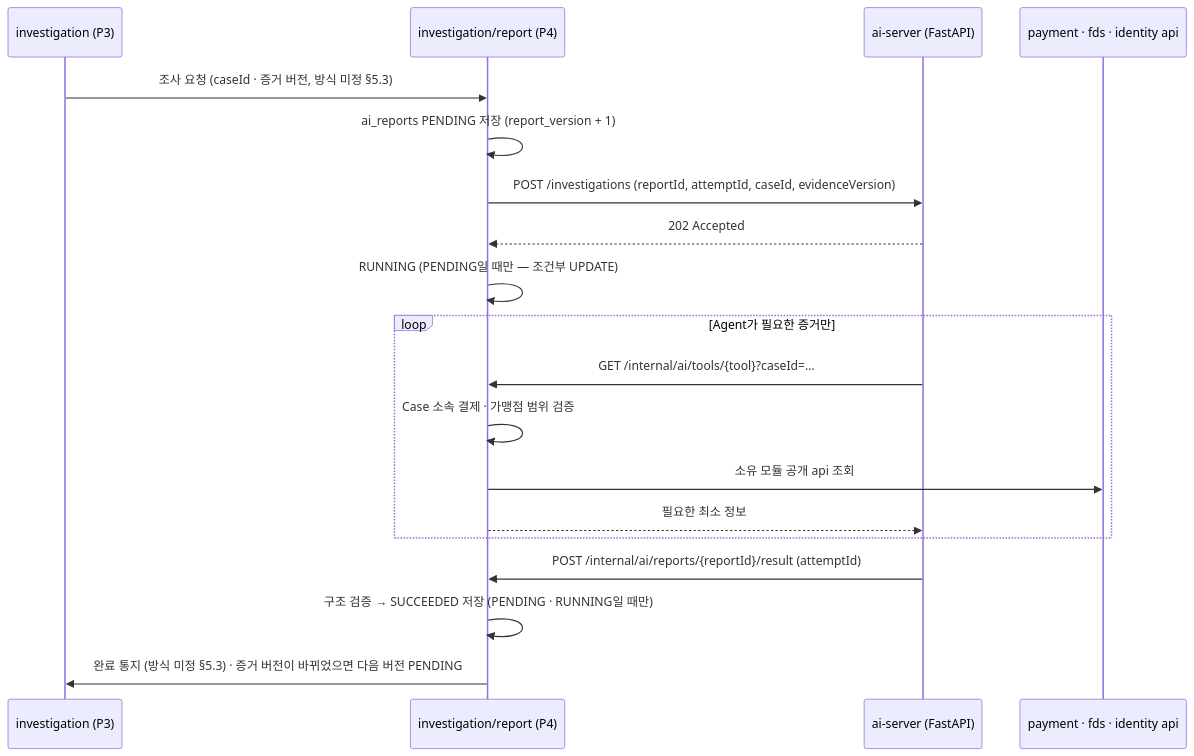
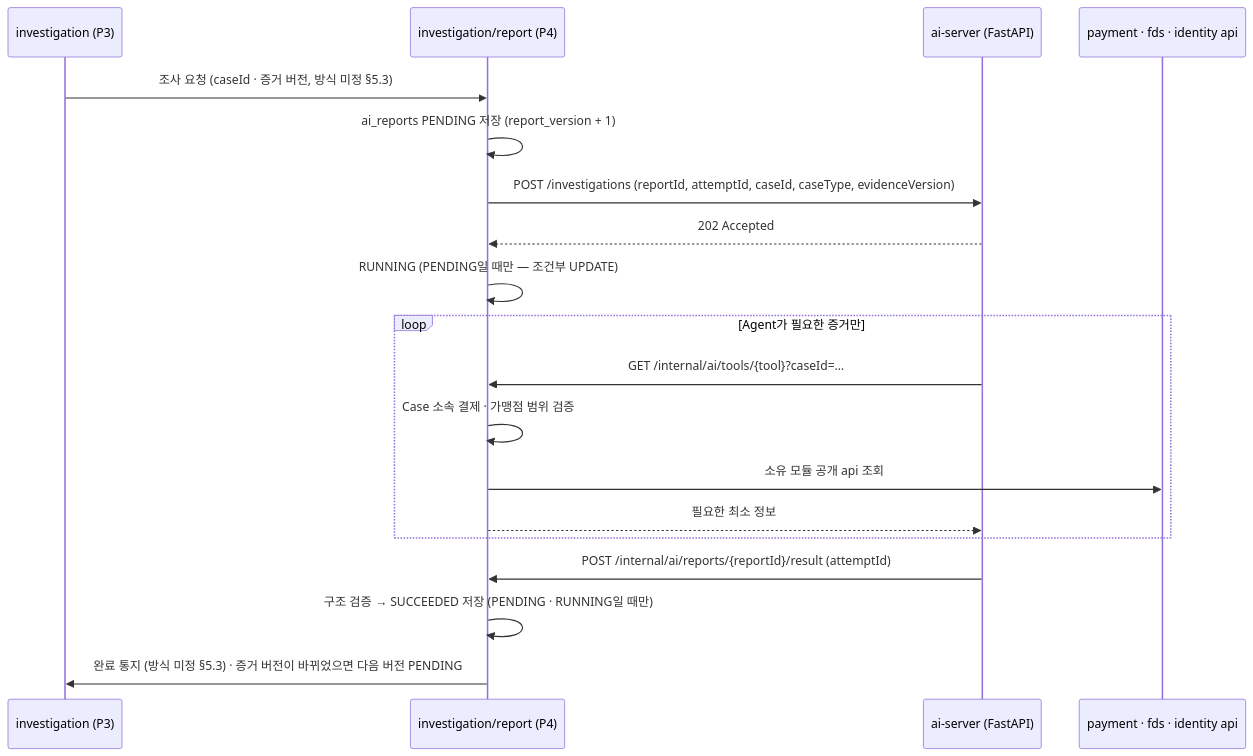
One commit to HyunGyu-Cho/DonWorry changed the diagram in docs/decisions/0009-ai-investigation-call-structure.md. Above: the diagram before and after it, drawn with Mermaid. The commit also changed other lines of this file and 10 other files, not shown here.

````diff
--- a/docs/decisions/0009-ai-investigation-call-structure.md
+++ b/docs/decisions/0009-ai-investigation-call-structure.md
@@ -25,22 +25,22 @@
 ```mermaid
 sequenceDiagram
     participant P3 as investigation (P3)
     participant R as investigation/report (P4)
     participant A as ai-server (FastAPI)
     participant O as payment · fds · identity api
 
     P3->>R: 조사 요청 (caseId · 증거 버전, 방식 미정 §5.3)
     R->>R: ai_reports PENDING 저장 (report_version + 1)
-    R->>A: POST /investigations (reportId, attemptId, caseId, evidenceVersion)
+    R->>A: POST /investigations (reportId, attemptId, caseId, caseType, evidenceVersion)
     A-->>R: 202 Accepted
     R->>R: RUNNING (PENDING일 때만 — 조건부 UPDATE)
     loop Agent가 필요한 증거만
         A->>R: GET /internal/ai/tools/{tool}?caseId=…
         R->>R: Case 소속 결제 · 가맹점 범위 검증
         R->>O: 소유 모듈 공개 api 조회
         R-->>A: 필요한 최소 정보
     end
     A->>R: POST /internal/ai/reports/{reportId}/result (attemptId)
     R->>R: 구조 검증 → SUCCEEDED 저장 (PENDING · RUNNING일 때만)
     R->>P3: 완료 통지 (방식 미정 §5.3) · 증거 버전이 바뀌었으면 다음 버전 PENDING
 ```
````
